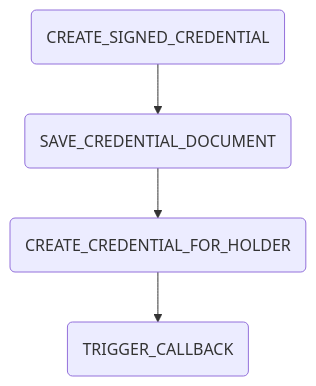
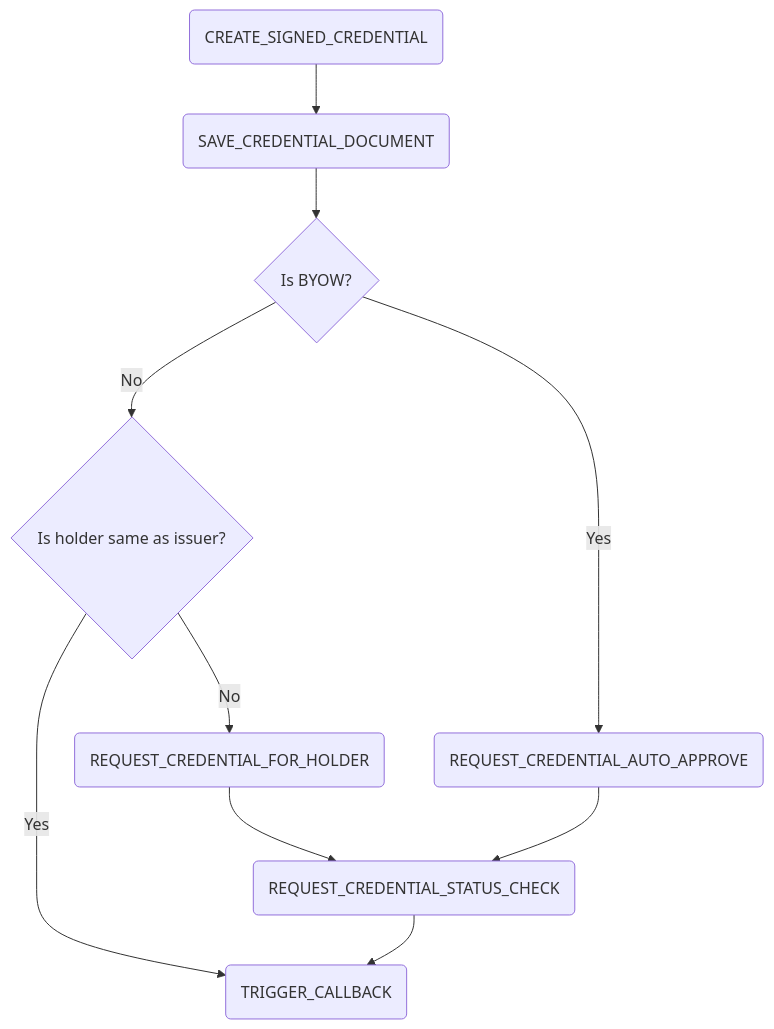
One commit to eclipse-tractusx/ssi-credential-issuer changed the diagram in docs/admin/processes/01. create_credential.md. Above: the diagram before and after it, drawn with Mermaid. The commit also changed other lines of this file and 4 other files, not shown here.

````diff
--- a/docs/admin/processes/01. create_credential.md
+++ b/docs/admin/processes/01. create_credential.md
@@ -7,6 +7,12 @@
 ```mermaid
 flowchart TD
     A(CREATE_SIGNED_CREDENTIAL) --> B(SAVE_CREDENTIAL_DOCUMENT)
-    B --> C(CREATE_CREDENTIAL_FOR_HOLDER)
-    C --> D(TRIGGER_CALLBACK)
+    B --> C{Is BYOW?}
+    C -->|Yes| G(REQUEST_CREDENTIAL_AUTO_APPROVE)
+    C -->|No| H{Is holder same as issuer?}
+    H -->|No| F(REQUEST_CREDENTIAL_FOR_HOLDER)
+    H -->|Yes| E(TRIGGER_CALLBACK)
+    F --> D(REQUEST_CREDENTIAL_STATUS_CHECK)
+    G --> D
+    D --> E
 ```
````
